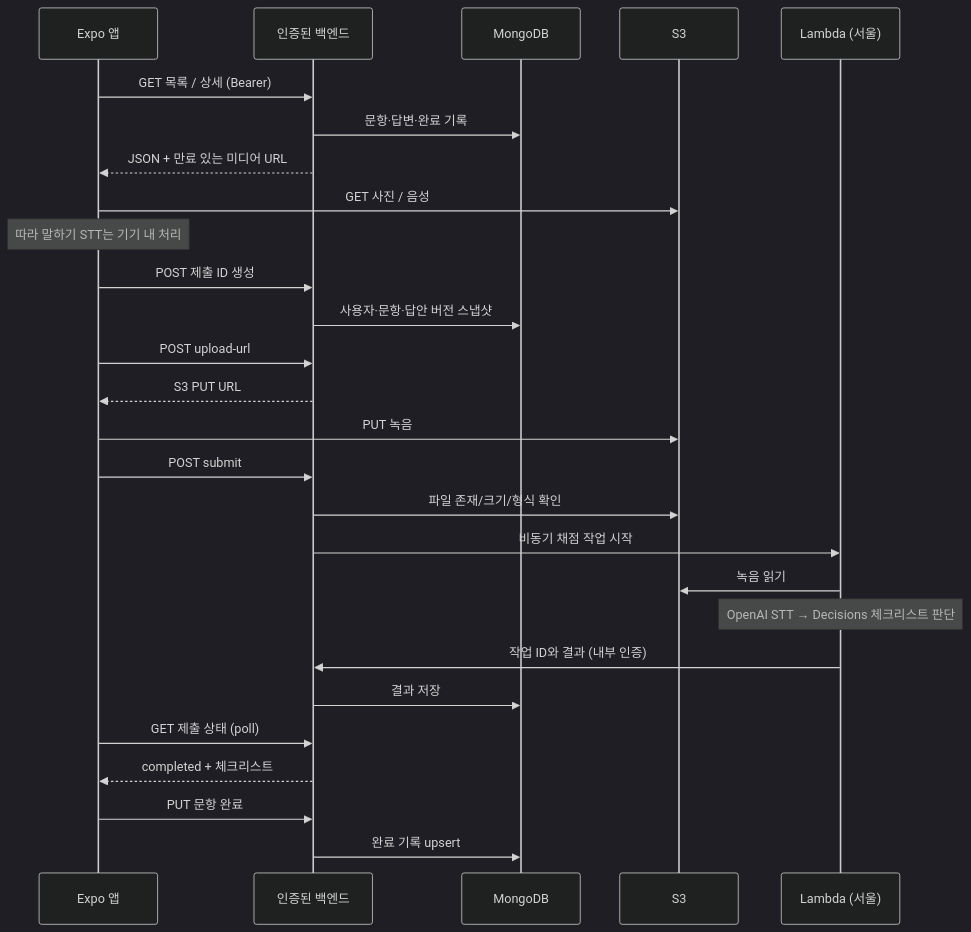
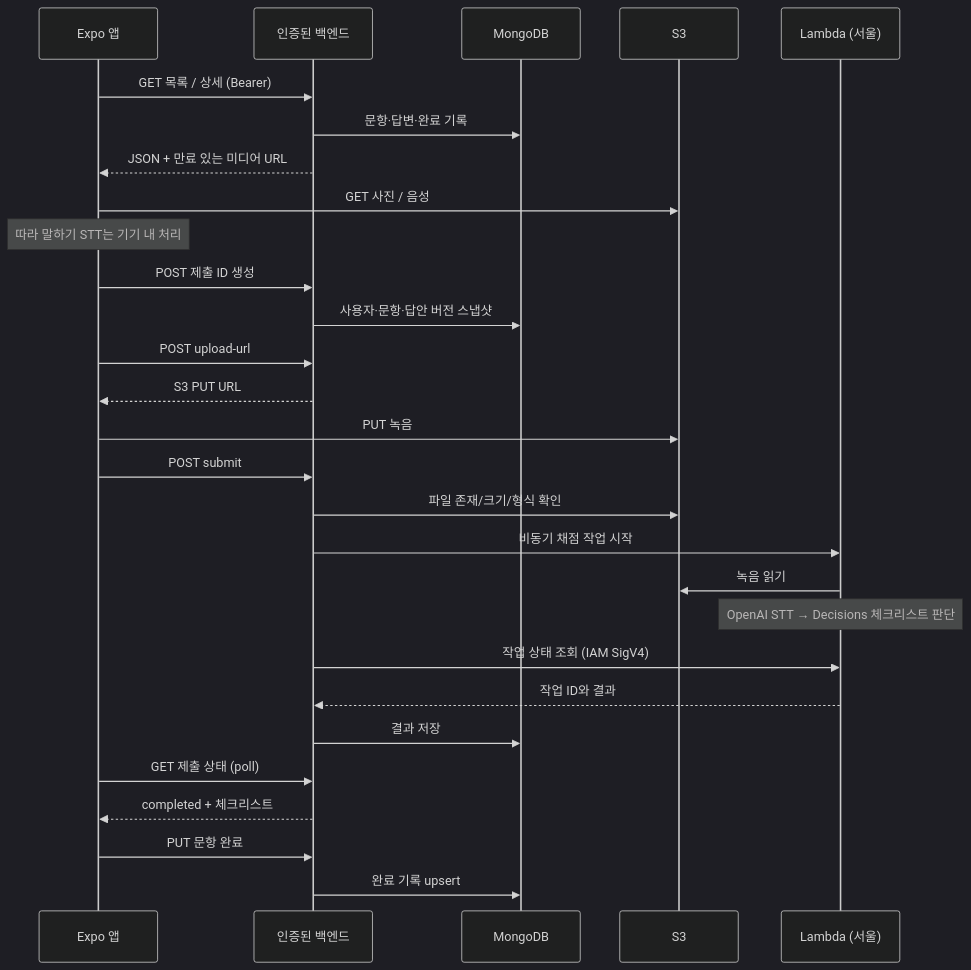
Before and after one commit to Too-Much-I/app-front-end: the diagram in docs/api/answer-learning.md, drawn with Mermaid (dark theme). The commit also changed other lines of this file and 18 other files, not shown here.

````diff
--- a/docs/api/answer-learning.md
+++ b/docs/api/answer-learning.md
@@ -9,29 +9,30 @@
 ```mermaid
 sequenceDiagram
   participant App as Expo 앱
   participant API as 인증된 백엔드
   participant DB as MongoDB
   participant S3
   participant Worker as Lambda (서울)
   App->>API: GET 목록 / 상세 (Bearer)
   API->>DB: 문항·답변·완료 기록
   API-->>App: JSON + 만료 있는 미디어 URL
   App->>S3: GET 사진 / 음성
   Note over App: 따라 말하기 STT는 기기 내 처리
   App->>API: POST 제출 ID 생성
   API->>DB: 사용자·문항·답안 버전 스냅샷
   App->>API: POST upload-url
   API-->>App: S3 PUT URL
   App->>S3: PUT 녹음
   App->>API: POST submit
   API->>S3: 파일 존재/크기/형식 확인
   API->>Worker: 비동기 채점 작업 시작
   Worker->>S3: 녹음 읽기
   Note over Worker: OpenAI STT → Decisions 체크리스트 판단
-  Worker->>API: 작업 ID와 결과 (내부 인증)
+  API->>Worker: 작업 상태 조회 (IAM SigV4)
+  Worker-->>API: 작업 ID와 결과
   API->>DB: 결과 저장
   App->>API: GET 제출 상태 (poll)
   API-->>App: completed + 체크리스트
   App->>API: PUT 문항 완료
   API->>DB: 완료 기록 upsert
 ```
````
